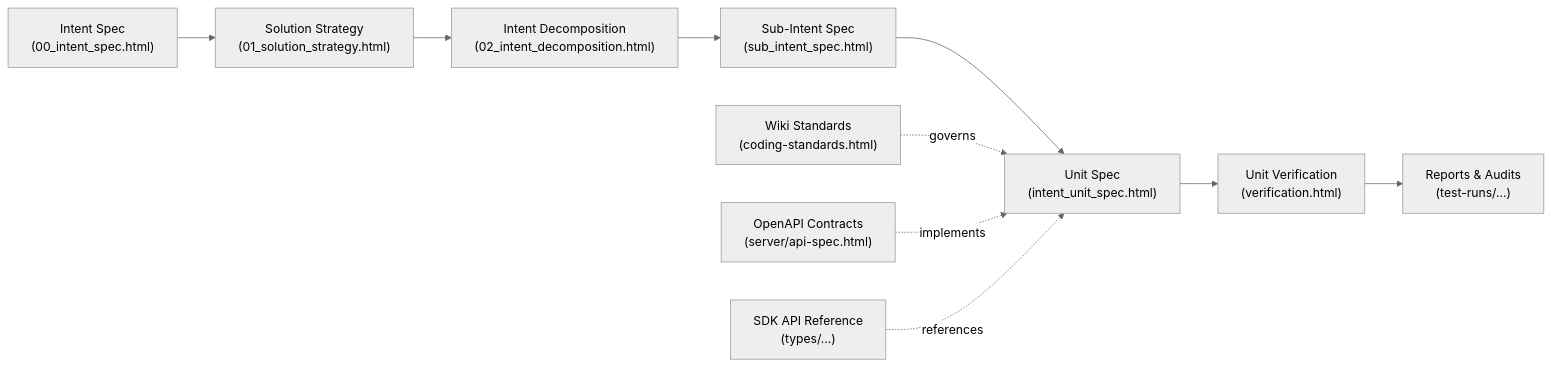
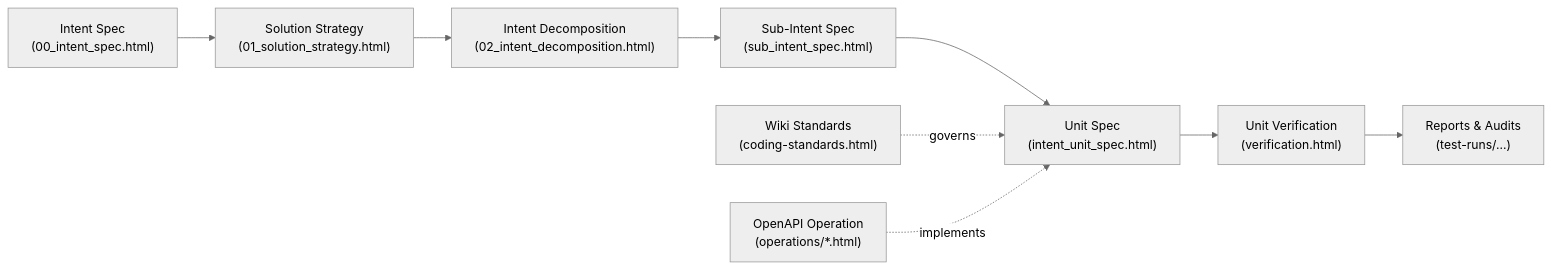
One commit to Equitable-Innovations/tosh changed the second of 2 diagrams in build-docs/docs/README.md. Above: the diagram before and after it, drawn with Mermaid (neutral theme). The commit also changed other lines of this file and 25 other files, not shown here.

First line of the commit message:
docs: remove REST API, specify wiki and OpenAPI domains, add command reference (#7)

````diff
--- a/build-docs/docs/README.md
+++ b/build-docs/docs/README.md
@@ -333,13 +340,12 @@
 ```mermaid
 graph LR
     REQ["Intent Spec<br/>(00_intent_spec.html)"] --> DESIGN["Solution Strategy<br/>(01_solution_strategy.html)"]
     DESIGN --> PLAN["Intent Decomposition<br/>(02_intent_decomposition.html)"]
     PLAN --> PHASE["Sub-Intent Spec<br/>(sub_intent_spec.html)"]
     PHASE --> TASK["Unit Spec<br/>(intent_unit_spec.html)"]
     TASK --> VAL["Unit Verification<br/>(verification.html)"]
     VAL --> REP["Reports & Audits<br/>(test-runs/...)"]
 
     WIKI["Wiki Standards<br/>(coding-standards.html)"] -.->|governs| TASK
-    OAS["OpenAPI Contracts<br/>(server/api-spec.html)"] -.->|implements| TASK
-    API["SDK API Reference<br/>(types/...)"] -.->|references| TASK
+    OAS["OpenAPI Operation<br/>(operations/*.html)"] -.->|implements| TASK
 ```
````
